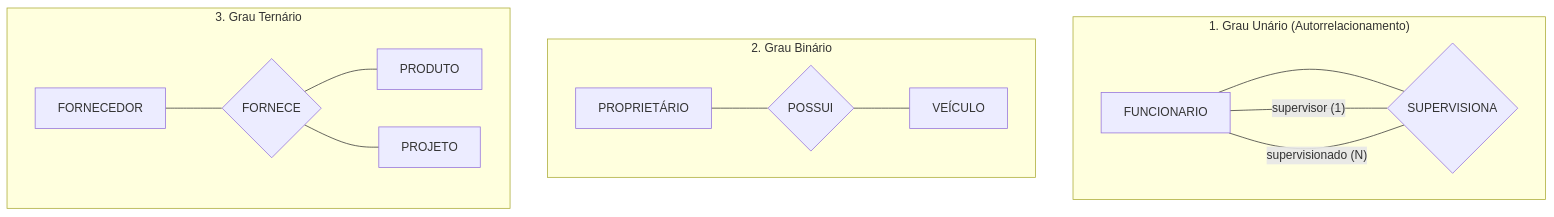
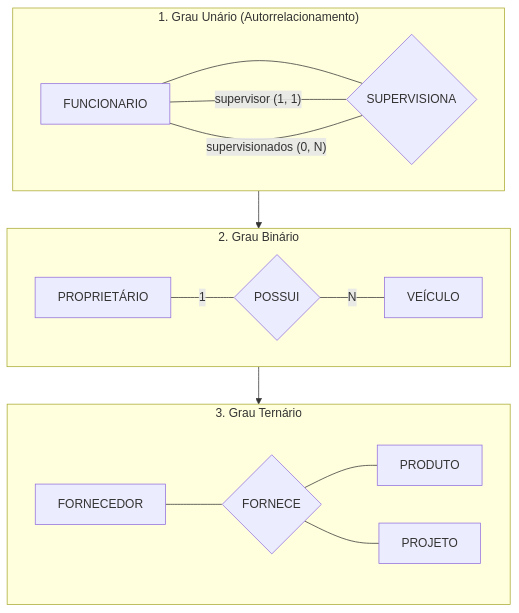
One commit to leorruas/puc changed the sixth of 7 diagrams in 02. Modelagem de Dados/06. Modelagem de relacionamentos, cardinalidade e restrições de participação.md. Above: the diagram before and after it, drawn with Mermaid. The commit also changed other lines of this file, not shown here.

````diff
--- a/02. Modelagem de Dados/06. Modelagem de relacionamentos, cardinalidade e restrições de participação.md
+++ b/02. Modelagem de Dados/06. Modelagem de relacionamentos, cardinalidade e restrições de participação.md
@@ -183,18 +175,20 @@
 ```mermaid
 flowchart TD
     subgraph SubgraphUnario["1. Grau Unário (Autorrelacionamento)"]
         Func["FUNCIONARIO"] --- Superv{"SUPERVISIONA"}
-        Superv ---|"supervisor (1)"| Func
-        Superv ---|"supervisionado (N)"| Func
+        Superv ---|"supervisor (1, 1)"| Func
+        Superv ---|"supervisionados (0, N)"| Func
     end
 
     subgraph SubgraphBinario["2. Grau Binário"]
-        Prop2["PROPRIETÁRIO"] --- RelProp2{"POSSUI"} --- Veic2["VEÍCULO"]
+        Prop2["PROPRIETÁRIO"] ---|"1"| RelProp2{"POSSUI"} ---|"N"| Veic2["VEÍCULO"]
     end
 
     subgraph SubgraphTernario["3. Grau Ternário"]
         Forn["FORNECEDOR"] --- FornRel{"FORNECE"}
         FornRel --- Prod["PRODUTO"]
         FornRel --- Proj["PROJETO"]
     end
+
+    SubgraphUnario --> SubgraphBinario --> SubgraphTernario
 ```
````
